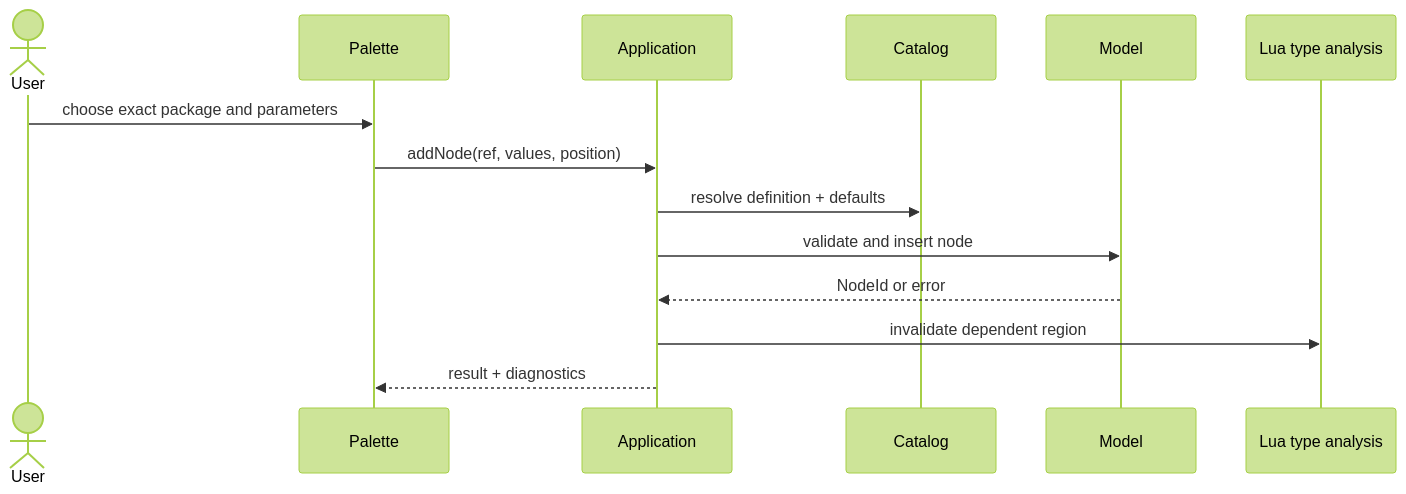
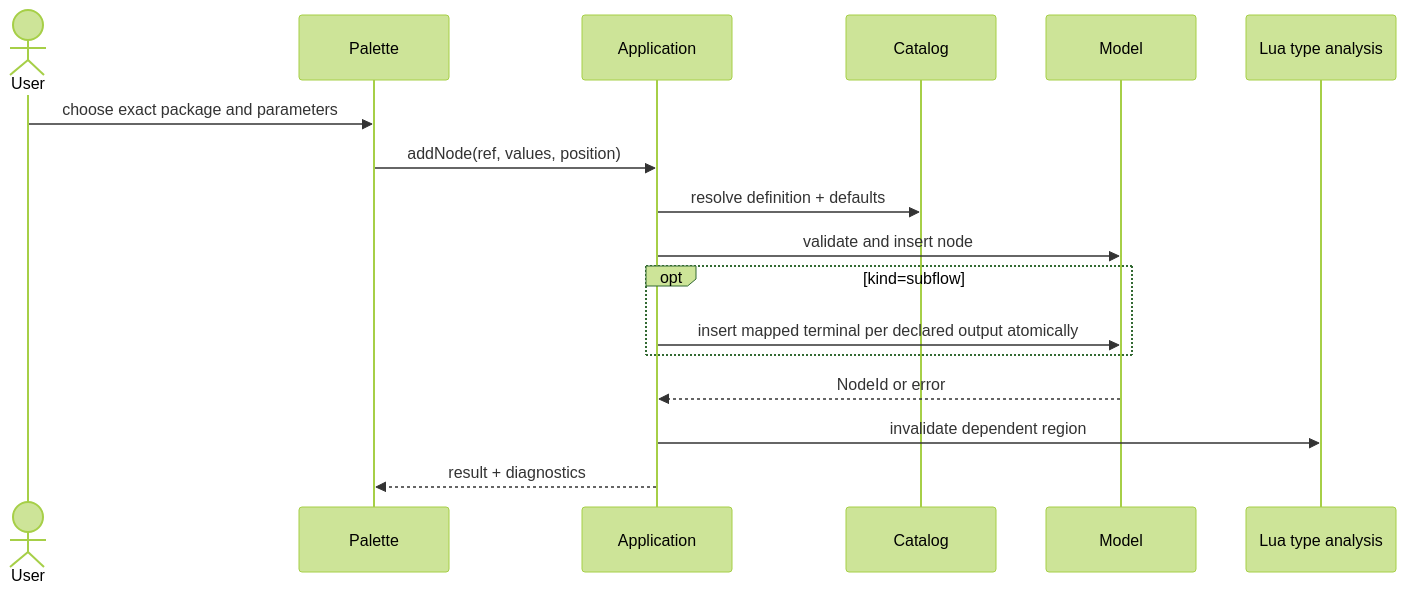
One commit to LucaSforza/nnmodelling-ui changed the second of 9 diagrams in docs/knowledge/uml/sequences.md. Above: the diagram before and after it, drawn with Mermaid (forest theme). The commit also changed other lines of this file and 19 other files, not shown here.

Commit message:
docs: accept typed output/loss handles and mapped subflow terminals

````diff
--- a/docs/knowledge/uml/sequences.md
+++ b/docs/knowledge/uml/sequences.md
@@ -31,16 +31,19 @@
 ```mermaid
 sequenceDiagram
     actor User
     participant Palette
     participant App as Application
     participant Catalog
     participant Model
     participant Types as Lua type analysis
     User->>Palette: choose exact package and parameters
     Palette->>App: addNode(ref, values, position)
     App->>Catalog: resolve definition + defaults
     App->>Model: validate and insert node
+    opt kind=subflow
+      App->>Model: insert mapped terminal per declared output atomically
+    end
     Model-->>App: NodeId or error
     App->>Types: invalidate dependent region
     App-->>Palette: result + diagnostics
 ```
````
